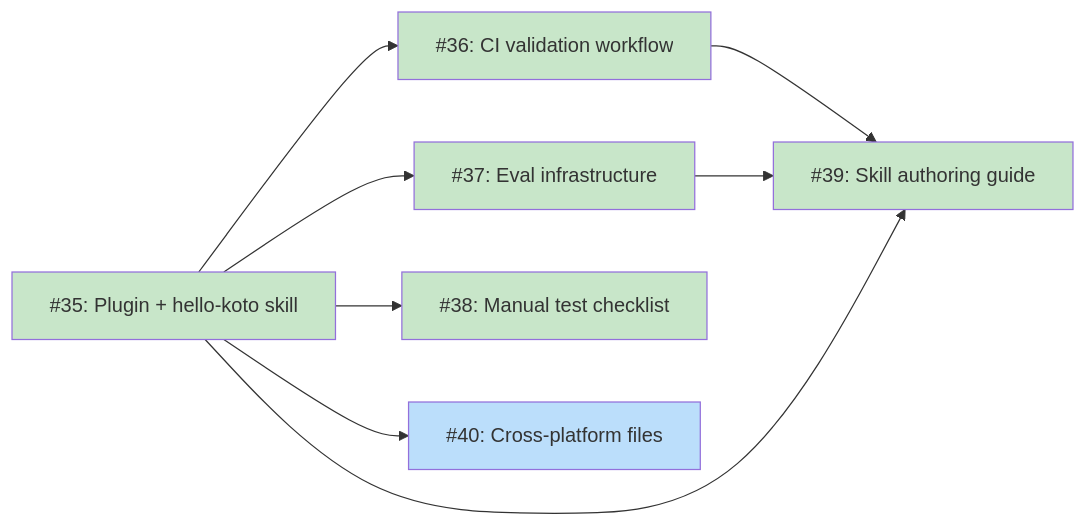
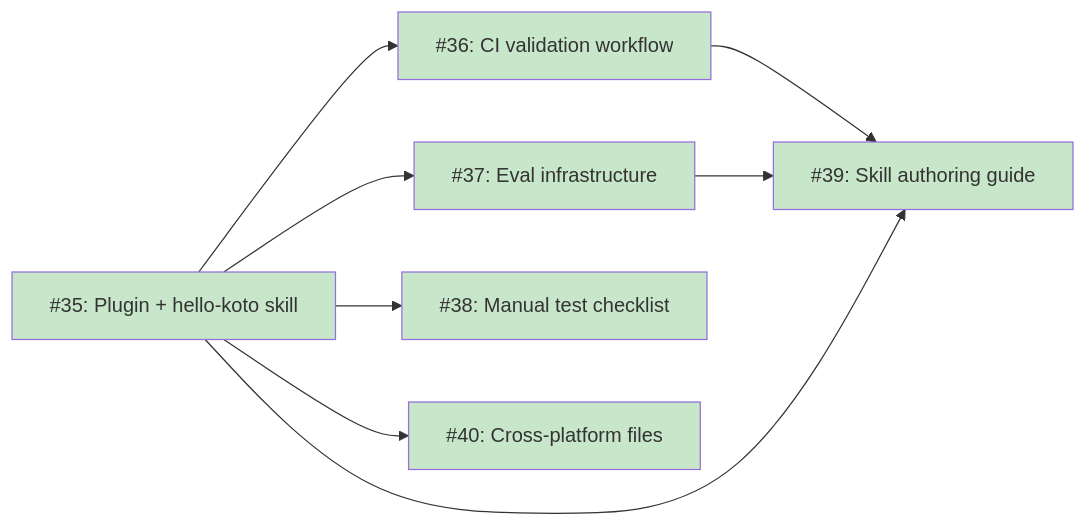
Before and after one commit to tsukumogami/koto: the diagram in docs/designs/DESIGN-koto-agent-integration.md, drawn with Mermaid. The commit also changed other lines of this file and 3 other files, not shown here.

````diff
--- a/docs/designs/DESIGN-koto-agent-integration.md
+++ b/docs/designs/DESIGN-koto-agent-integration.md
@@ -51,26 +51,25 @@
 ```mermaid
 graph LR
     I35["#35: Plugin + hello-koto skill"]
     I36["#36: CI validation workflow"]
     I37["#37: Eval infrastructure"]
     I38["#38: Manual test checklist"]
     I39["#39: Skill authoring guide"]
     I40["#40: Cross-platform files"]
 
     I35 --> I36
     I35 --> I37
     I35 --> I38
     I35 --> I40
     I36 --> I39
     I37 --> I39
     I35 --> I39
 
     classDef done fill:#c8e6c9
     classDef ready fill:#bbdefb
     classDef blocked fill:#fff9c4
     classDef needsDesign fill:#e1bee7
     classDef tracksDesign fill:#FFE0B2,stroke:#F57C00,color:#000
 
-    class I35,I36,I37,I38,I39 done
-    class I40 ready
+    class I35,I36,I37,I38,I39,I40 done
 ```
````
